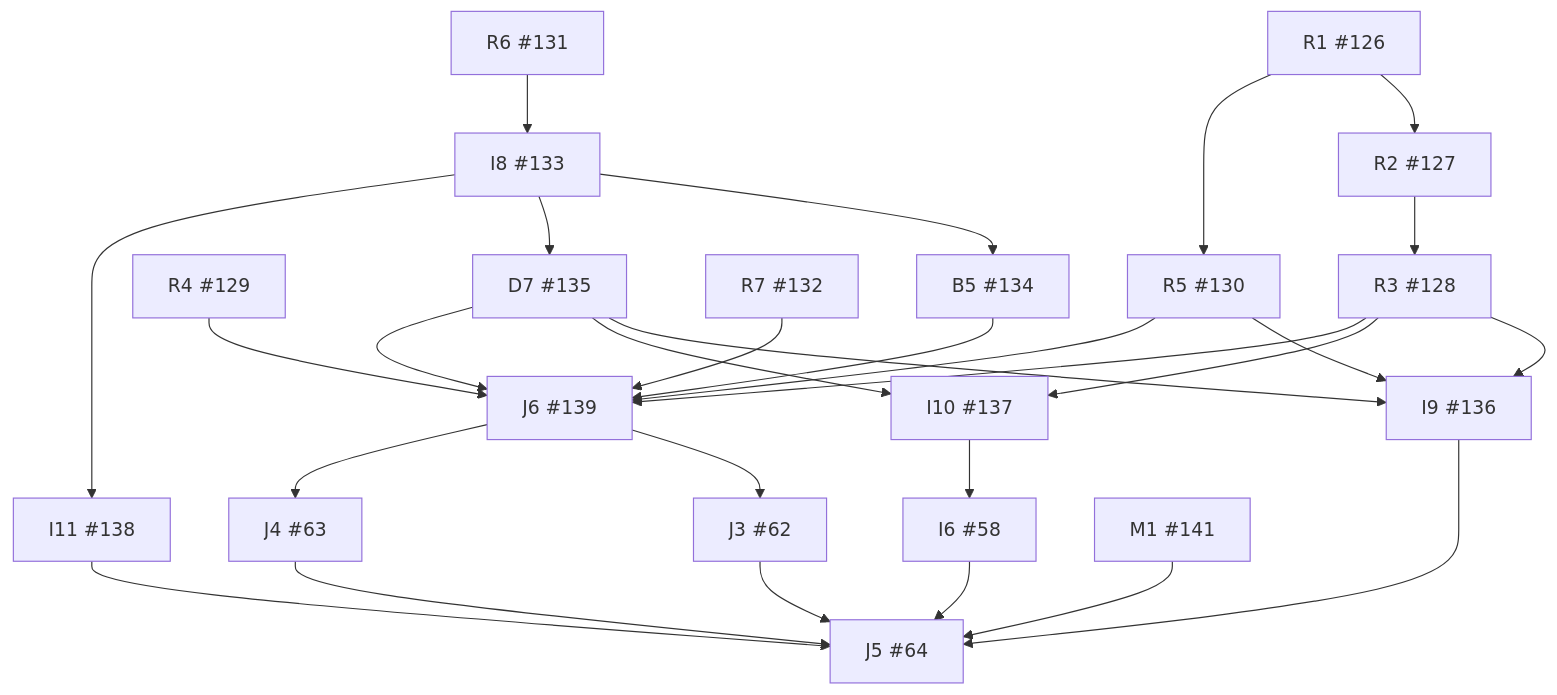
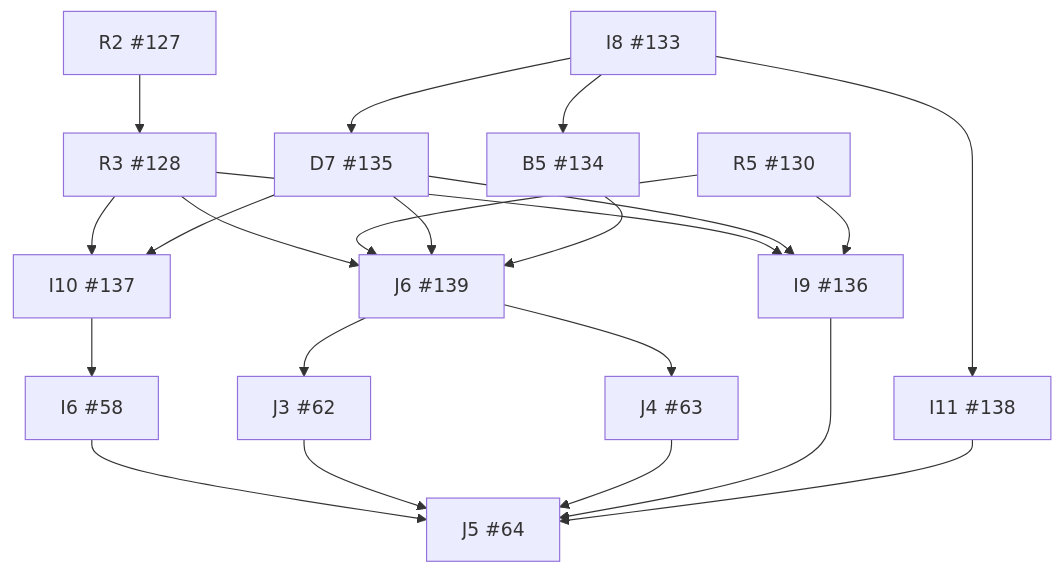
The diagram in docs/implementation/dependency-graph.md (wojtekpiskorz/kiero), drawn with Mermaid before and after one commit. The commit also changed other lines of this file and 6 other files, not shown here.

````diff
--- a/docs/implementation/dependency-graph.md
+++ b/docs/implementation/dependency-graph.md
@@ -9,49 +9,38 @@
 ```mermaid
 flowchart TD
   I6["I6 #58"]
   J3["J3 #62"]
   J4["J4 #63"]
   J5["J5 #64"]
-  R1["R1 #126"]
   R2["R2 #127"]
   R3["R3 #128"]
-  R4["R4 #129"]
   R5["R5 #130"]
-  R6["R6 #131"]
-  R7["R7 #132"]
   I8["I8 #133"]
   B5["B5 #134"]
   D7["D7 #135"]
   I9["I9 #136"]
   I10["I10 #137"]
   I11["I11 #138"]
   J6["J6 #139"]
-  M1["M1 #141"]
   I10 --> I6
   J6 --> J3
   J6 --> J4
   I6 --> J5
   J3 --> J5
   J4 --> J5
   I9 --> J5
   I11 --> J5
-  M1 --> J5
-  R1 --> R2
   R2 --> R3
-  R1 --> R5
-  R6 --> I8
   I8 --> B5
   I8 --> D7
   R3 --> I9
   D7 --> I9
   R5 --> I9
   R3 --> I10
   D7 --> I10
   I8 --> I11
   R3 --> J6
-  R4 --> J6
   R5 --> J6
-  R7 --> J6
   D7 --> J6
   B5 --> J6
 ```
````
